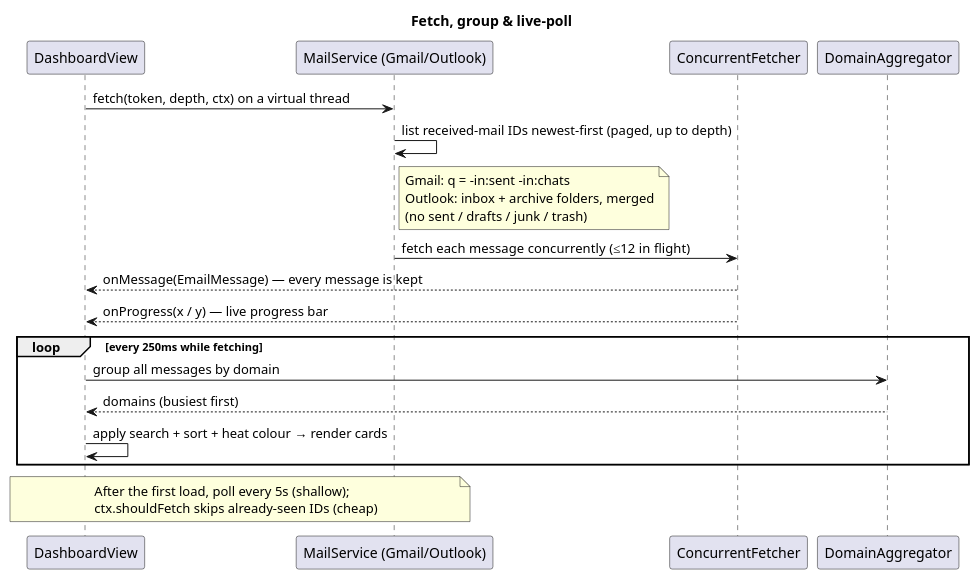
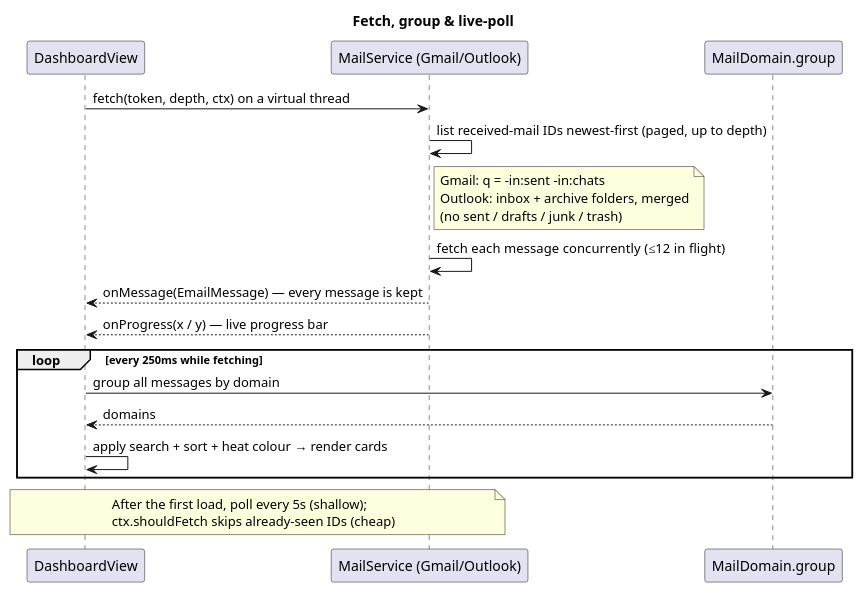
The diagram in docs/flow-fetch.puml (mariusdotspinu/UnsubscribeOS), drawn with PlantUML before and after one commit. The commit also changed 54 other files, not shown here.

```diff
--- a/docs/flow-fetch.puml
+++ b/docs/flow-fetch.puml
@@ -1,28 +1,27 @@
 @startuml flow-fetch
 title Fetch, group & live-poll
 skinparam shadowing false
 participant DashboardView as D
 participant "MailService (Gmail/Outlook)" as M
-participant ConcurrentFetcher as F
-participant DomainAggregator as G
+participant "MailDomain.group" as G
 
 D -> M : fetch(token, depth, ctx) on a virtual thread
 M -> M : list received-mail IDs newest-first (paged, up to depth)
 note right of M
   Gmail: q = -in:sent -in:chats
   Outlook: inbox + archive folders, merged
   (no sent / drafts / junk / trash)
 end note
-M -> F : fetch each message concurrently (≤12 in flight)
-F --> D : onMessage(EmailMessage) — every message is kept
-F --> D : onProgress(x / y) — live progress bar
+M -> M : fetch each message concurrently (≤12 in flight)
+M --> D : onMessage(EmailMessage) — every message is kept
+M --> D : onProgress(x / y) — live progress bar
 loop every 250ms while fetching
   D -> G : group all messages by domain
-  G --> D : domains (busiest first)
+  G --> D : domains
   D -> D : apply search + sort + heat colour → render cards
 end
 note over D, M
   After the first load, poll every 5s (shallow);
   ctx.shouldFetch skips already-seen IDs (cheap)
 end note
 @enduml
```
